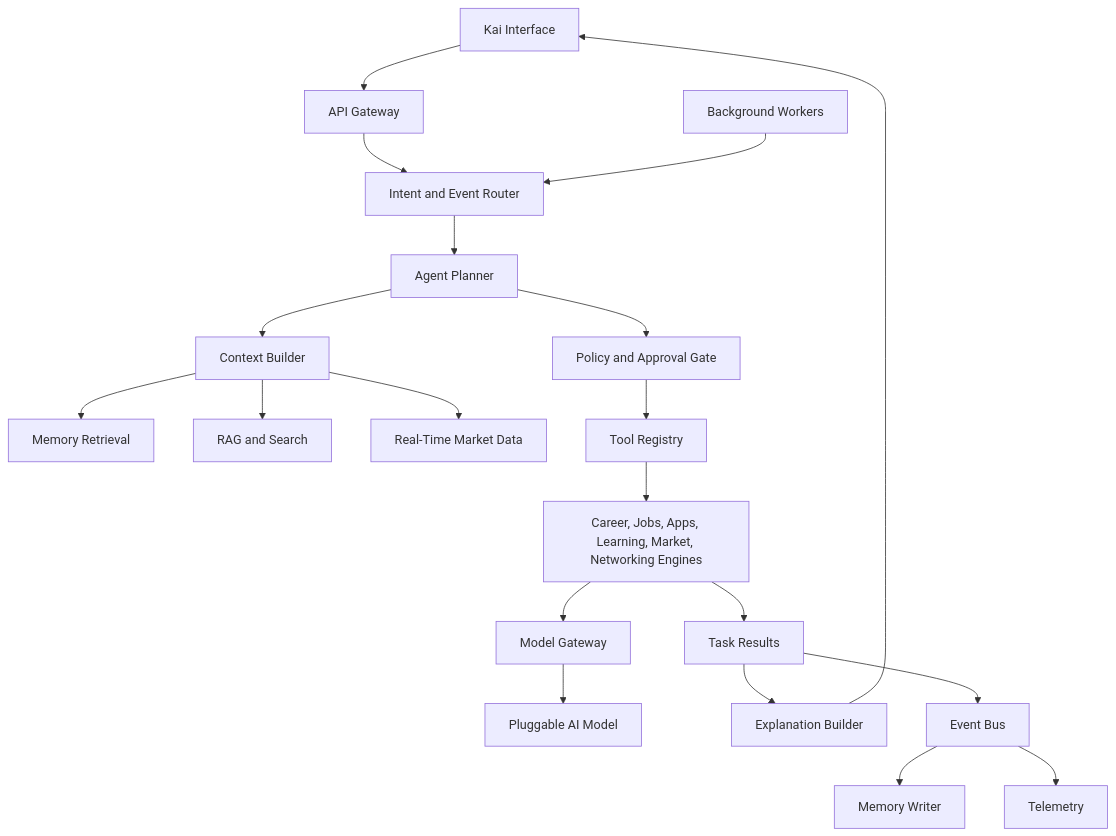
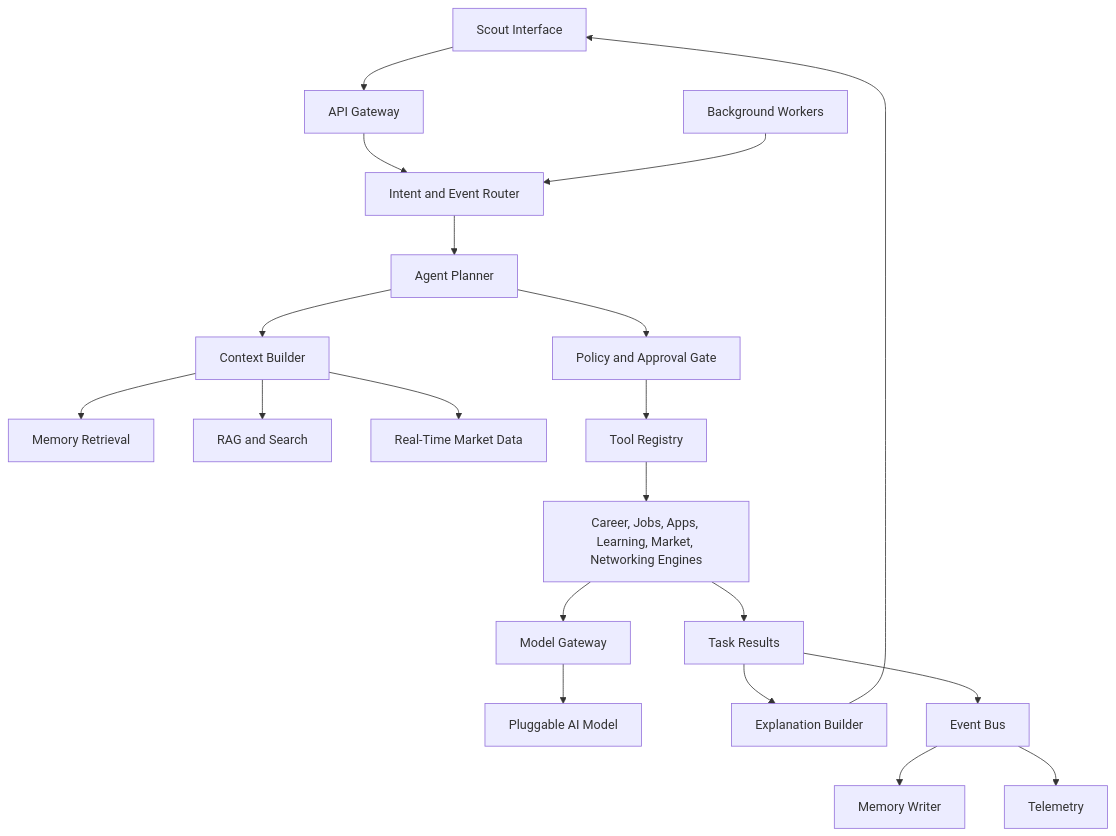
The diagram in docs/AGENT_ORCHESTRATION_ARCHITECTURE.md (Mirzzie/Fadi), drawn with Mermaid before and after one commit. The commit also changed other lines of this file and 142 other files, not shown here.

First line of the commit message:
feat!: rename Kai → Scout — the agent that finds what's ahead of you

````diff
--- a/docs/AGENT_ORCHESTRATION_ARCHITECTURE.md
+++ b/docs/AGENT_ORCHESTRATION_ARCHITECTURE.md
@@ -23,22 +23,22 @@
 ```mermaid
 flowchart TD
-    KaiUI[Kai Interface] --> API[API Gateway]
+    ScoutUI[Scout Interface] --> API[API Gateway]
     API --> Router[Intent and Event Router]
     Router --> Planner[Agent Planner]
     Planner --> Context[Context Builder]
     Context --> Memory[Memory Retrieval]
     Context --> RAG[RAG and Search]
     Context --> MarketData[Real-Time Market Data]
     Planner --> Policy[Policy and Approval Gate]
     Policy --> Tools[Tool Registry]
     Tools --> Engines[Career, Jobs, Apps, Learning, Market, Networking Engines]
     Engines --> Gateway[Model Gateway]
     Gateway --> Model[Pluggable AI Model]
     Engines --> Results[Task Results]
     Results --> Explainer[Explanation Builder]
-    Explainer --> KaiUI
+    Explainer --> ScoutUI
     Results --> Events[Event Bus]
     Events --> MemoryWriter[Memory Writer]
     Events --> Analytics[Telemetry]
     Background[Background Workers] --> Router
 ```
````
